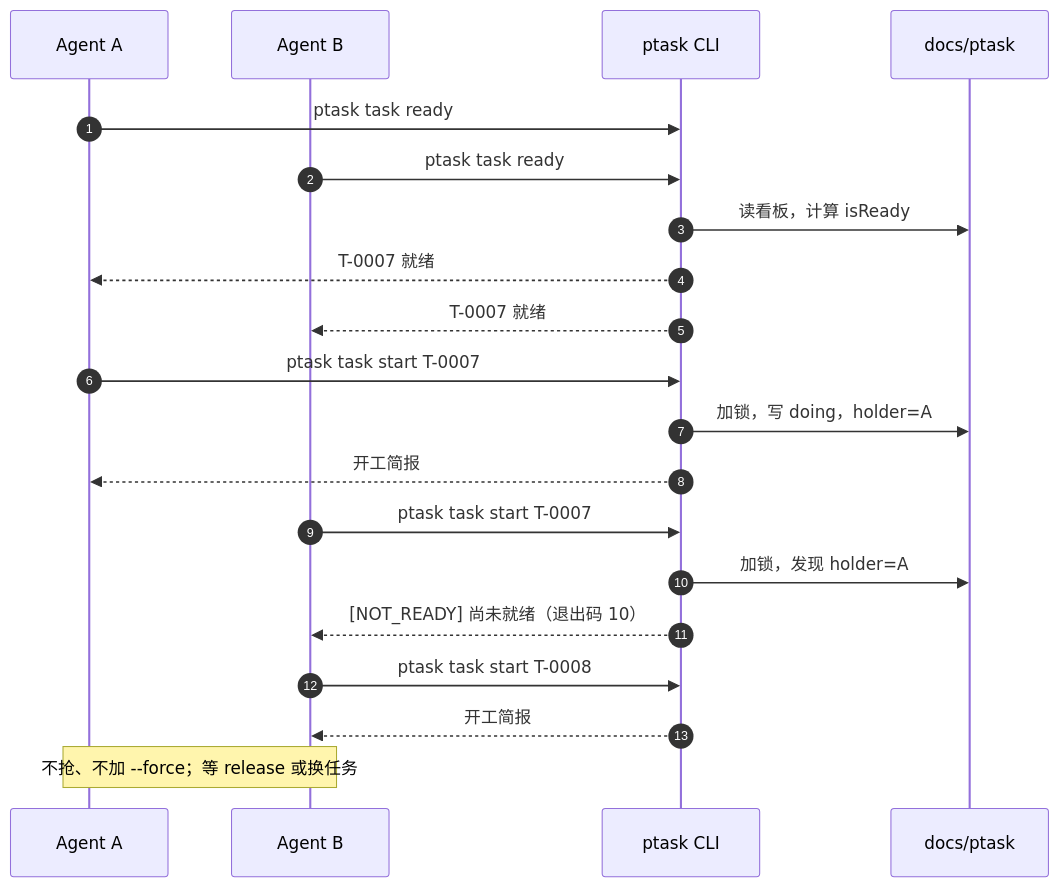
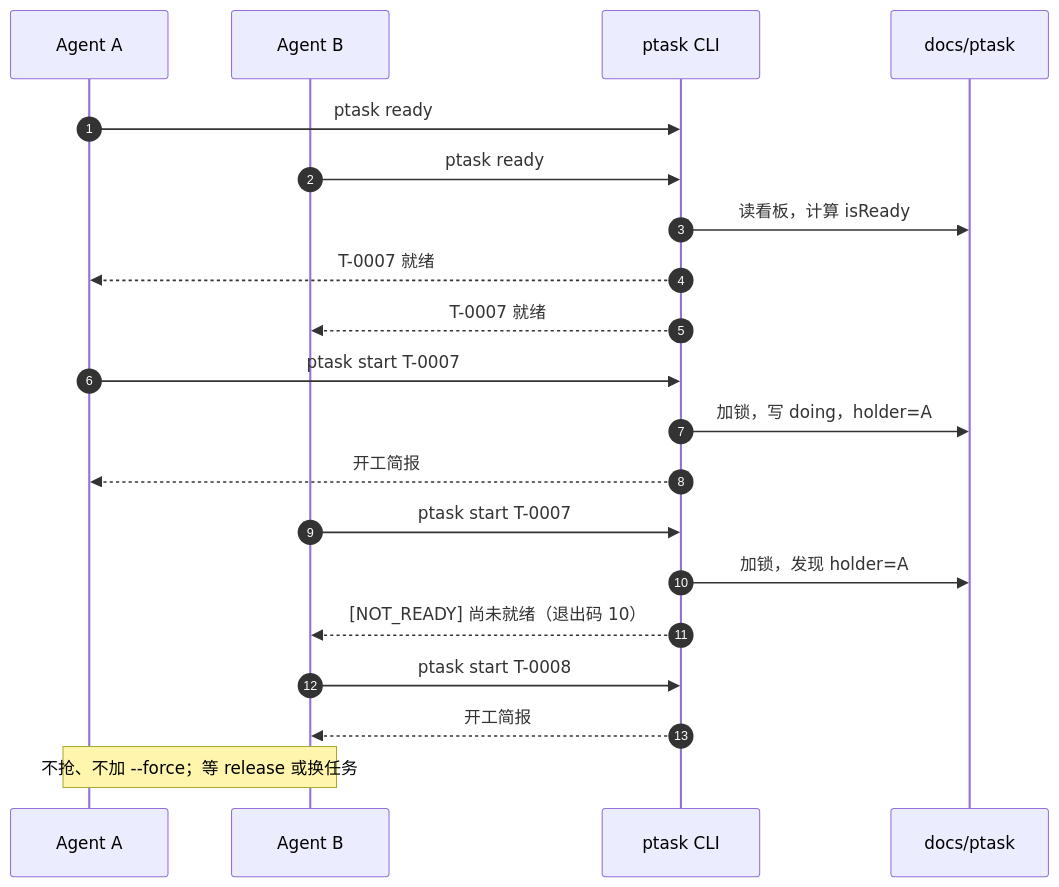
One commit to OptimisticGeek/dsh-project-todo changed the fourth of 5 diagrams in docs/HELP.md. Above: the diagram before and after it, drawn with Mermaid. The commit also changed other lines of this file and 5 other files, not shown here.

First line of the commit message:
docs: v4.0.0 改名与渐进式视图文档

````diff
--- a/docs/HELP.md
+++ b/docs/HELP.md
@@ -364,23 +364,23 @@
 ```mermaid
 sequenceDiagram
   autonumber
   participant A as Agent A
   participant B as Agent B
   participant P as ptask CLI
   participant F as docs/ptask
 
-  A->>P: ptask task ready
-  B->>P: ptask task ready
+  A->>P: ptask ready
+  B->>P: ptask ready
   P->>F: 读看板，计算 isReady
   P-->>A: T-0007 就绪
   P-->>B: T-0007 就绪
-  A->>P: ptask task start T-0007
+  A->>P: ptask start T-0007
   P->>F: 加锁，写 doing，holder=A
   P-->>A: 开工简报
-  B->>P: ptask task start T-0007
+  B->>P: ptask start T-0007
   P->>F: 加锁，发现 holder=A
   P-->>B: [NOT_READY] 尚未就绪（退出码 10）
-  B->>P: ptask task start T-0008
+  B->>P: ptask start T-0008
   P-->>B: 开工简报
   Note over A,B: 不抢、不加 --force；等 release 或换任务
 ```
````
